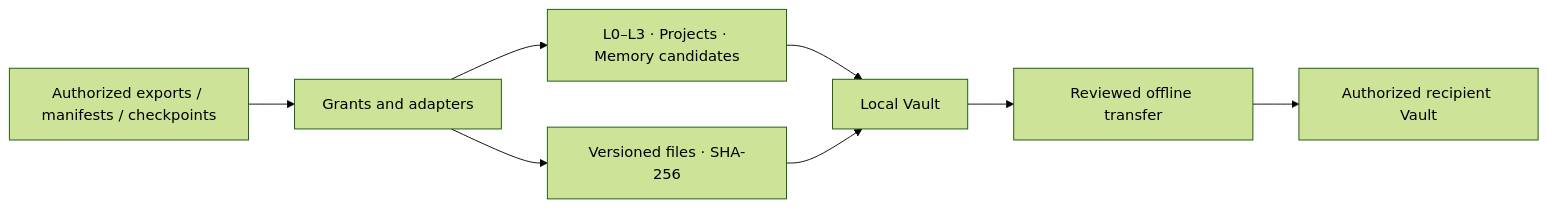
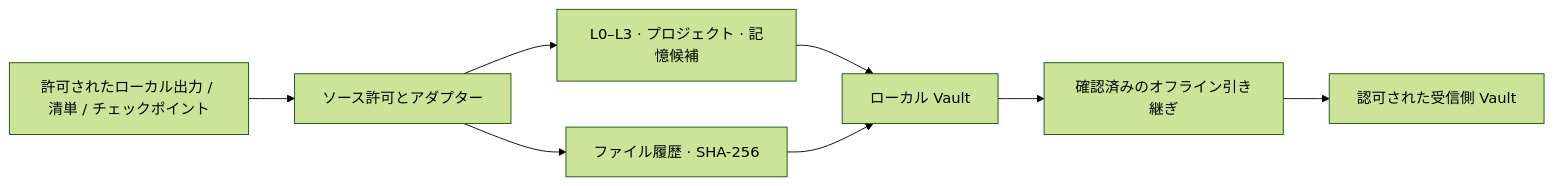
Before and after one commit to ranchen-love/ai-memory-hub-v2-1-review: the diagram in README.ja.md, drawn with Mermaid (forest theme).

Commit message:
docs(i18n): localize architecture diagram in README.ja.md

````diff
--- a/README.ja.md
+++ b/README.ja.md
@@ -25,10 +25,10 @@
 ```mermaid
 flowchart LR
-  A["Authorized exports / manifests / checkpoints"] --> B["Grants and adapters"]
-  B --> C["L0–L3 · Projects · Memory candidates"]
-  B --> D["Versioned files · SHA-256"]
-  C --> E["Local Vault"]
+  A["許可されたローカル出力 / 清単 / チェックポイント"] --> B["ソース許可とアダプター"]
+  B --> C["L0–L3 · プロジェクト · 記憶候補"]
+  B --> D["ファイル履歴 · SHA-256"]
+  C --> E["ローカル Vault"]
   D --> E
-  E --> F["Reviewed offline transfer"]
-  F --> G["Authorized recipient Vault"]
+  E --> F["確認済みのオフライン引き継ぎ"]
+  F --> G["認可された受信側 Vault"]
 ```
````
